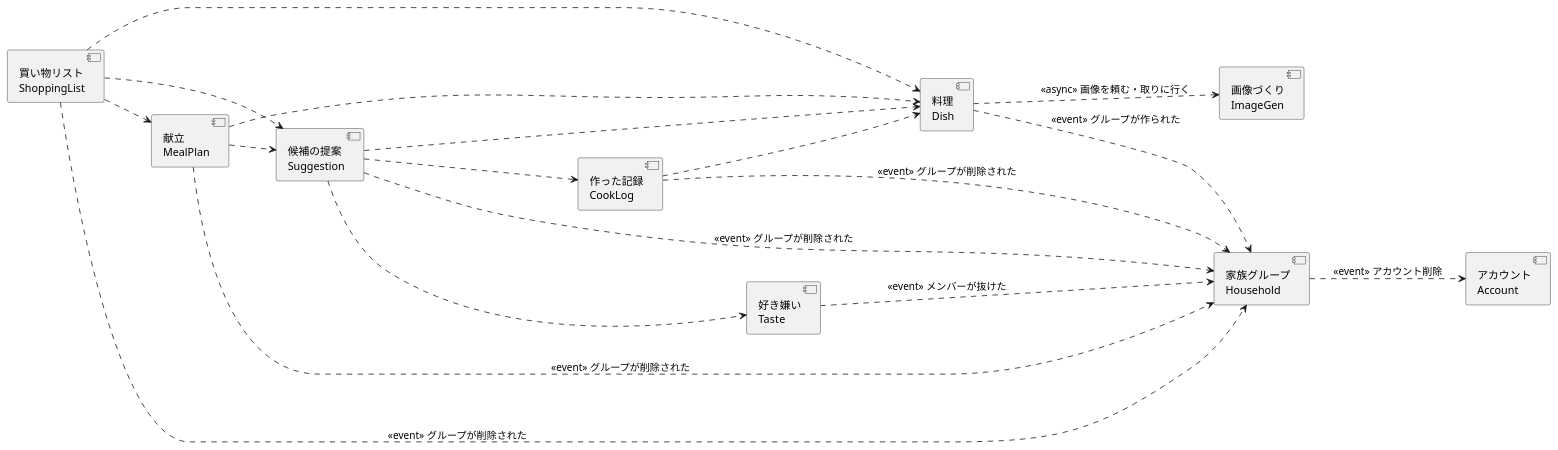
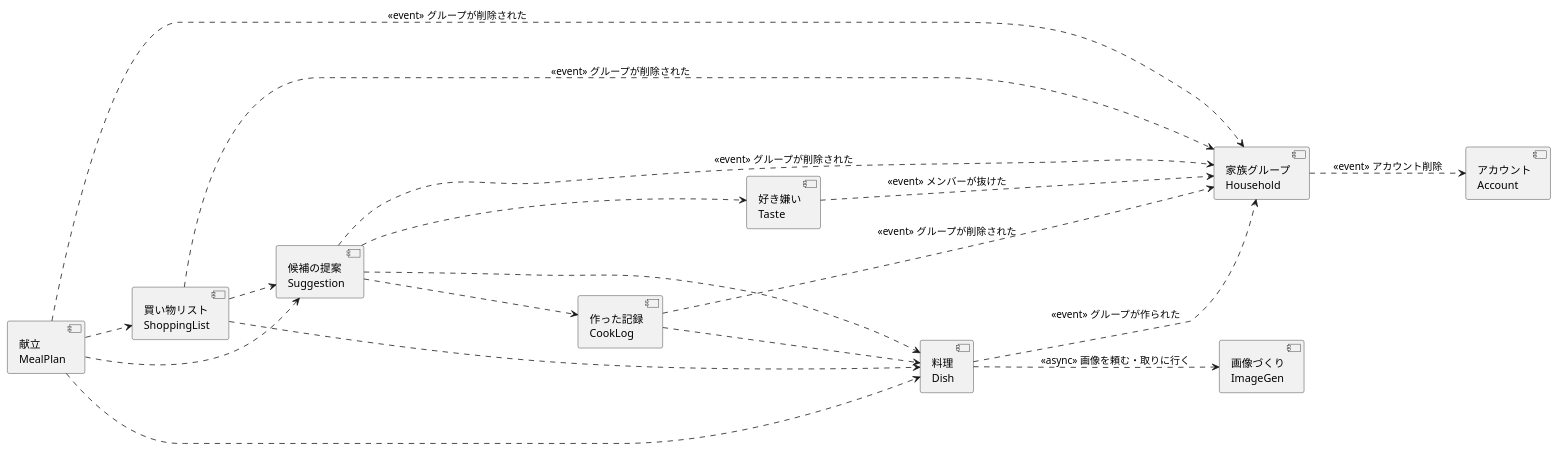
Before and after one commit to ymiyamo/aidlc: the diagram in aidlc/spaces/default/intents/261010-meal-planner/inception/domain-design/components.md, drawn with PlantUML. The commit also changed other lines of this file and 9 other files, not shown here.

````diff
--- a/aidlc/spaces/default/intents/261010-meal-planner/inception/domain-design/components.md
+++ b/aidlc/spaces/default/intents/261010-meal-planner/inception/domain-design/components.md
@@ -421,31 +421,31 @@
 ```plantuml
 @startuml
 left to right direction
 component "アカウント\nAccount" as ACC
 component "家族グループ\nHousehold" as HOUSE
 component "好き嫌い\nTaste" as TASTE
 component "料理\nDish" as DISH
 component "画像づくり\nImageGen" as IMG
 component "作った記録\nCookLog" as LOG
 component "候補の提案\nSuggestion" as SUG
 component "献立\nMealPlan" as PLAN
 component "買い物リスト\nShoppingList" as SHOP
 HOUSE ..> ACC : <<event>> アカウント削除
 TASTE ..> HOUSE : <<event>> メンバーが抜けた
 DISH ..> HOUSE : <<event>> グループが作られた
 DISH ..> IMG : <<async>> 画像を頼む・取りに行く
 LOG ..> HOUSE : <<event>> グループが削除された
 SUG ..> HOUSE : <<event>> グループが削除された
 PLAN ..> HOUSE : <<event>> グループが削除された
 SHOP ..> HOUSE : <<event>> グループが削除された
 LOG ..> DISH
 SUG ..> DISH
 SUG ..> TASTE
 SUG ..> LOG
 PLAN ..> SUG
 PLAN ..> DISH
 SHOP ..> SUG
-SHOP ..> PLAN
 SHOP ..> DISH
+PLAN ..> SHOP
 @enduml
 ```
````
